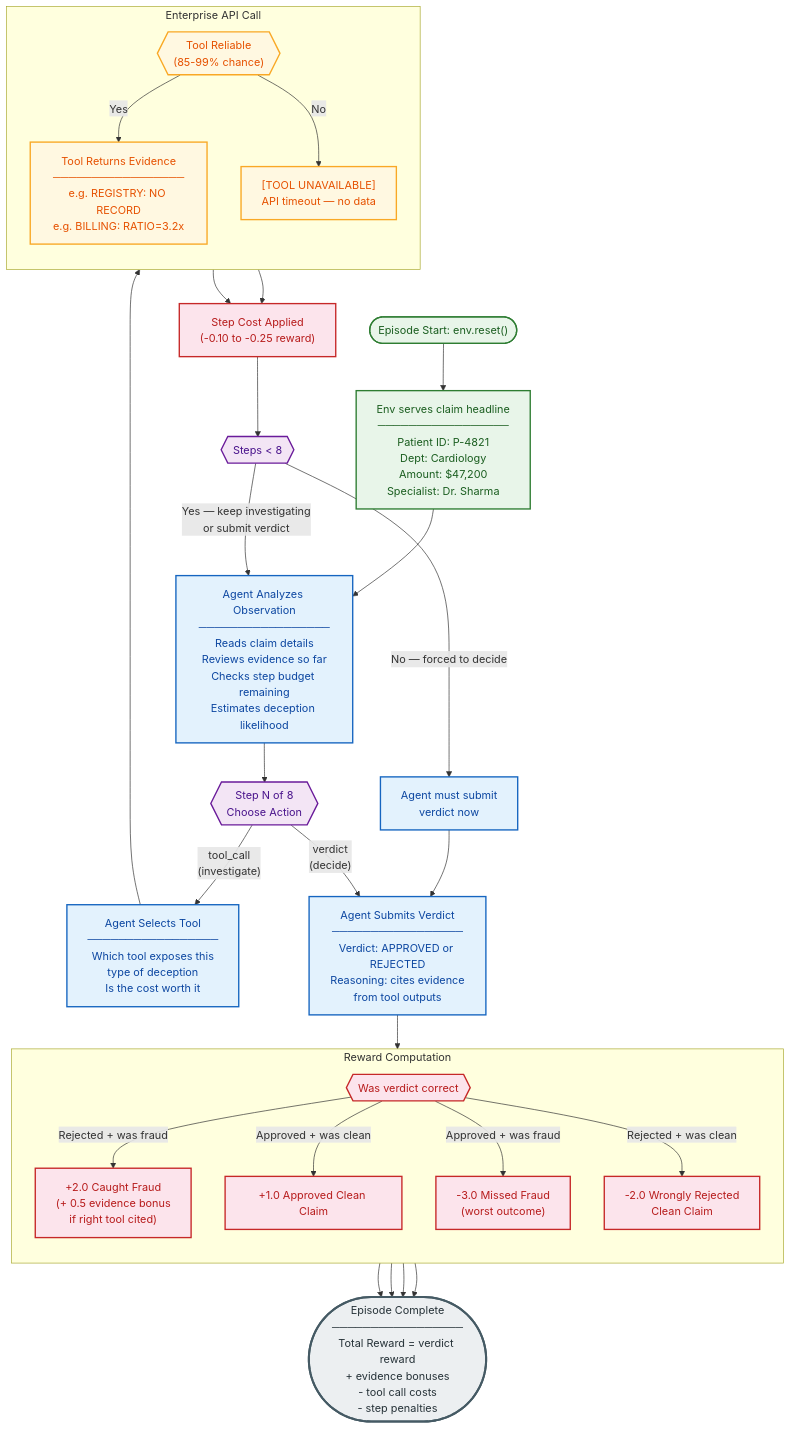
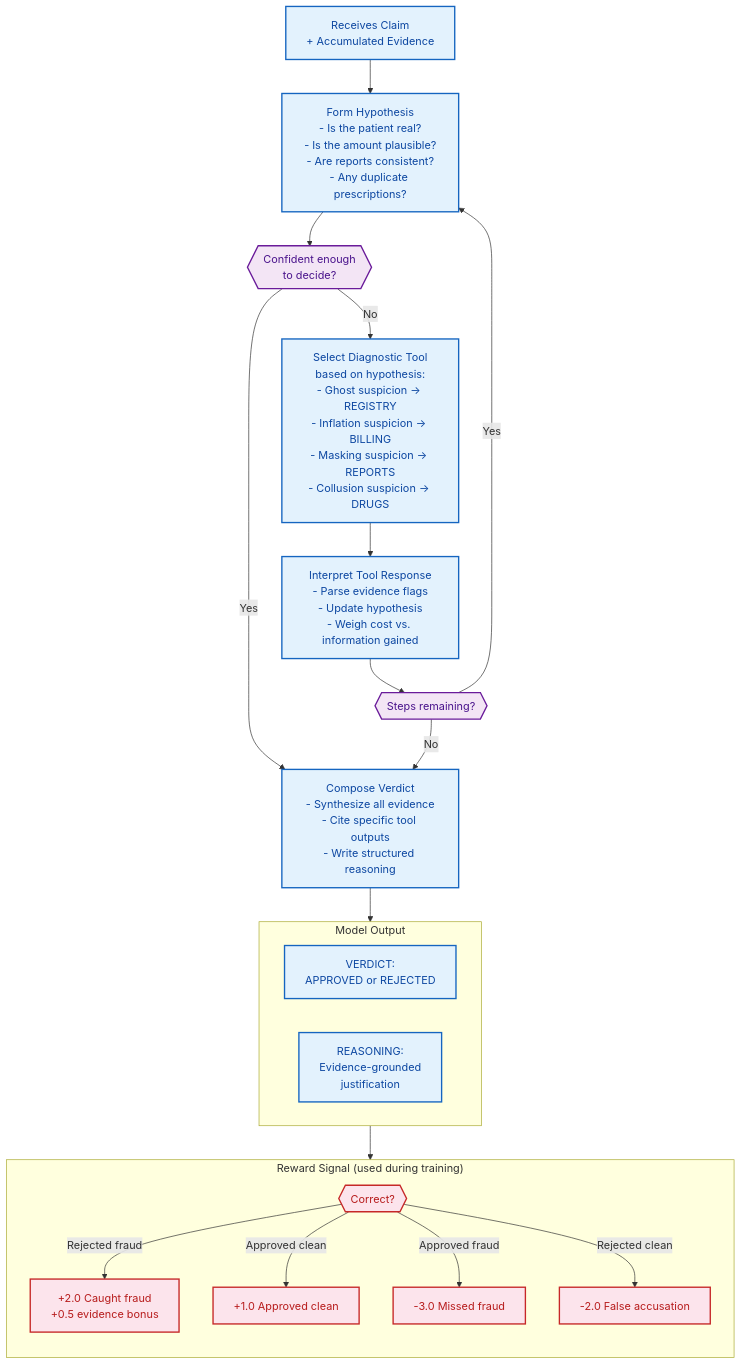
Before and after one commit to Panacea-OpenEnv/Panacea-OpenEnv: the first of 3 diagrams in Blog.md, drawn with Mermaid. The commit also changed other lines of this file, not shown here.

Commit message:
Split episode diagram into model working + user interaction workflow

````diff
--- a/Blog.md
+++ b/Blog.md
@@ -74,74 +75,53 @@
 ```mermaid
 flowchart TD
-    classDef envNode fill:#e8f5e9,stroke:#2e7d32,stroke-width:2px,color:#1b5e20
     classDef agentNode fill:#e3f2fd,stroke:#1565c0,stroke-width:2px,color:#0d47a1
     classDef toolNode fill:#fff8e1,stroke:#f9a825,stroke-width:2px,color:#e65100
     classDef rewardNode fill:#fce4ec,stroke:#c62828,stroke-width:2px,color:#b71c1c
     classDef decisionNode fill:#f3e5f5,stroke:#6a1b9a,stroke-width:2px,color:#4a148c
     classDef endNode fill:#eceff1,stroke:#455a64,stroke-width:3px,color:#263238
 
-    %% ── Episode Start ──
-    START(["Episode Start: env.reset()"]):::envNode
-    CLAIM["Env serves claim headline\n─────────────────\nPatient ID: P-4821\nDept: Cardiology\nAmount: $47,200\nSpecialist: Dr. Sharma"]:::envNode
+    INPUT["Receives Claim\n+ Accumulated Evidence"]:::agentNode
+    INPUT --> HYPOTHESIS
 
-    START --> CLAIM
+    HYPOTHESIS["Form Hypothesis\n- Is the patient real?\n- Is the amount plausible?\n- Are reports consistent?\n- Any duplicate prescriptions?"]:::agentNode
 
-    %% ── Agent Reasoning Loop ──
-    CLAIM --> THINK
+    HYPOTHESIS --> CONFIDENCE{{"Confident enough\nto decide?"}}:::decisionNode
 
-    THINK["Agent Analyzes Observation\n─────────────────\nReads claim details\nReviews evidence so far\nChecks step budget remaining\nEstimates deception likelihood"]:::agentNode
+    CONFIDENCE -->|"No"| SELECT_TOOL
+    CONFIDENCE -->|"Yes"| COMPOSE
 
-    THINK --> DECIDE{{"Step N of 8\nChoose Action"}}:::decisionNode
+    SELECT_TOOL["Select Diagnostic Tool\nbased on hypothesis:\n- Ghost suspicion -> REGISTRY\n- Inflation suspicion -> BILLING\n- Masking suspicion -> REPORTS\n- Collusion suspicion -> DRUGS"]:::agentNode
 
-    %% ── Branch 1: Tool Call ──
-    DECIDE -->|"tool_call\n(investigate)"| PICK_TOOL
+    SELECT_TOOL --> INTERPRET
 
-    PICK_TOOL["Agent Selects Tool\n─────────────────\nWhich tool exposes this\ntype of deception\nIs the cost worth it"]:::agentNode
+    INTERPRET["Interpret Tool Response\n- Parse evidence flags\n- Update hypothesis\n- Weigh cost vs. information gained"]:::agentNode
 
-    PICK_TOOL --> TOOL_EXEC
+    INTERPRET --> BUDGET{{"Steps remaining?"}}:::decisionNode
+    BUDGET -->|"Yes"| HYPOTHESIS
+    BUDGET -->|"No"| COMPOSE
 
-    subgraph ToolInteraction["Enterprise API Call"]
-        direction TB
-        TOOL_EXEC{{"Tool Reliable\n(85-99% chance)"}}:::toolNode
-        TOOL_OK["Tool Returns Evidence\n─────────────────\ne.g. REGISTRY: NO RECORD\ne.g. BILLING: RATIO=3.2x"]:::toolNode
-        TOOL_FAIL["[TOOL UNAVAILABLE]\nAPI timeout — no data"]:::toolNode
-        TOOL_EXEC -->|"Yes"| TOOL_OK
-        TOOL_EXEC -->|"No"| TOOL_FAIL
+    COMPOSE["Compose Verdict\n- Synthesize all evidence\n- Cite specific tool outputs\n- Write structured reasoning"]:::agentNode
+
+    COMPOSE --> OUTPUT
+
+    subgraph OUTPUT["Model Output"]
+        direction LR
+        VERDICT_OUT["VERDICT:\nAPPROVED or REJECTED"]:::agentNode
+        REASON_OUT["REASONING:\nEvidence-grounded\njustification"]:::agentNode
     end
 
-    TOOL_OK --> COST["Step Cost Applied\n(-0.10 to -0.25 reward)"]:::rewardNode
-    TOOL_FAIL --> COST
+    OUTPUT --> SCORE
 
-    COST --> BUDGET{{"Steps < 8"}}:::decisionNode
-    BUDGET -->|"Yes — keep investigating\nor submit verdict"| THINK
-    BUDGET -->|"No — forced to decide"| FORCED["Agent must submit\nverdict now"]:::agentNode
-    FORCED --> VERDICT
-
-    %% ── Branch 2: Verdict ──
-    DECIDE -->|"verdict\n(decide)"| VERDICT
-
-    VERDICT["Agent Submits Verdict\n─────────────────\nVerdict: APPROVED or REJECTED\nReasoning: cites evidence\nfrom tool outputs"]:::agentNode
-
-    VERDICT --> REWARD
-
-    %% ── Reward Computation ──
-    subgraph RewardCalc["Reward Computation"]
+    subgraph SCORE["Reward Signal (used during training)"]
         direction TB
-        REWARD{{"Was verdict correct"}}:::rewardNode
-        R_TP["+2.0 Caught Fraud\n(+ 0.5 evidence bonus\nif right tool cited)"]:::rewardNode
-        R_TN["+1.0 Approved Clean Claim"]:::rewardNode
-        R_FN["-3.0 Missed Fraud\n(worst outcome)"]:::rewardNode
-        R_FP["-2.0 Wrongly Rejected\nClean Claim"]:::rewardNode
-        REWARD -->|"Rejected + was fraud"| R_TP
-        REWARD -->|"Approved + was clean"| R_TN
-        REWARD -->|"Approved + was fraud"| R_FN
-        REWARD -->|"Rejected + was clean"| R_FP
+        CHECK{{"Correct?"}}:::rewardNode
+        TP["+2.0 Caught fraud\n+0.5 evidence bonus"]:::rewardNode
+        TN["+1.0 Approved clean"]:::rewardNode
+        FN["-3.0 Missed fraud"]:::rewardNode
+        FP["-2.0 False accusation"]:::rewardNode
+        CHECK -->|"Rejected fraud"| TP
+        CHECK -->|"Approved clean"| TN
+        CHECK -->|"Approved fraud"| FN
+        CHECK -->|"Rejected clean"| FP
     end
-
-    R_TP --> DONE
-    R_TN --> DONE
-    R_FN --> DONE
-    R_FP --> DONE
-
-    DONE(["Episode Complete\n─────────────────\nTotal Reward = verdict reward\n+ evidence bonuses\n- tool call costs\n- step penalties"]):::endNode
 ```
````
